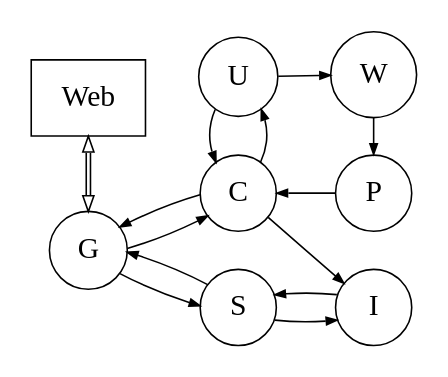
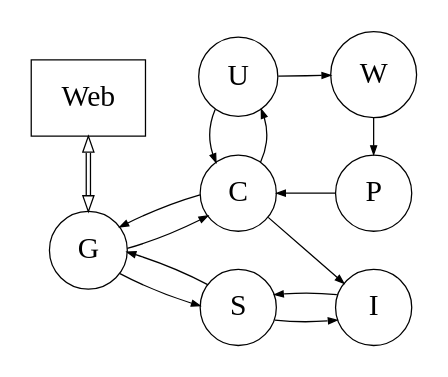
The diagram in docs/graphics/task-units.dot (mpgirro/dipl), drawn with Graphviz before and after one commit. The commit also changed 3 other files, not shown here.

Commit message:
[doc] pimp the graphics

```diff
--- a/docs/graphics/task-units.dot
+++ b/docs/graphics/task-units.dot
@@ -1,25 +1,24 @@
 digraph G {
     rankdir = LR;
     size="4,4";
     graph [pad = "0.1", ranksep = "0.35", nodesep = "0.25"];
-    node [shape = circle, penwidth = 0.75];
-    edge [arrowhead = normal, arrowsize = 0.5];
+    node [shape = circle, penwidth = 0.6];
+    edge [arrowhead = normal, arrowsize = 0.4];
 
     Web [shape = "box"];
 
-    G -> C -> G [penwidth=0.75];   // REST retrieval of DB
-    G -> S -> G [penwidth=0.75];   // REST retrieval from searcher
-    C -> U -> C [penwidth=0.75];   // test for update interval
-    U -> W [penwidth=0.75];        // download job
-    C -> I [penwidth=0.75];        // update index
-    S -> I -> S [penwidth=0.75];   // search index
-    W -> P -> C [penwidth=0.75];   // download-parse-update
-    P -> I [style="invis"];        // ensure desired node alignment 
-
-    Web -> G [minlen = "2.5", dir = "both", constraint = false, penwidth = 0.75, color = "black:black", arrowhead = empty, arrowtail = empty, arrowsize = 0.75];
+    G -> C -> G [penwidth = 0.6];   // REST retrieval of DB
+    G -> S -> G [penwidth = 0.6];   // REST retrieval from searcher
+    C -> U -> C [penwidth = 0.6];   // test for update interval
+    U -> W      [penwidth = 0.6];   // download job
+    C -> I      [penwidth = 0.6];   // update index
+    S -> I -> S [penwidth = 0.6];   // search index
+    W -> P -> C [penwidth = 0.6];   // download-parse-update
+    P -> I      [style="invis"];    // ensure desired node alignment 
+    Web -> G [minlen = "2.5", dir = "both", constraint = false, penwidth = 0.6, color = "black:black", arrowhead = empty, arrowtail = empty, arrowsize = 0.75];
 
     // constraints to style the graph
     { rank=same; G Web }
     { rank=same; U C S }
     { rank=same; W P I }
 }
```
